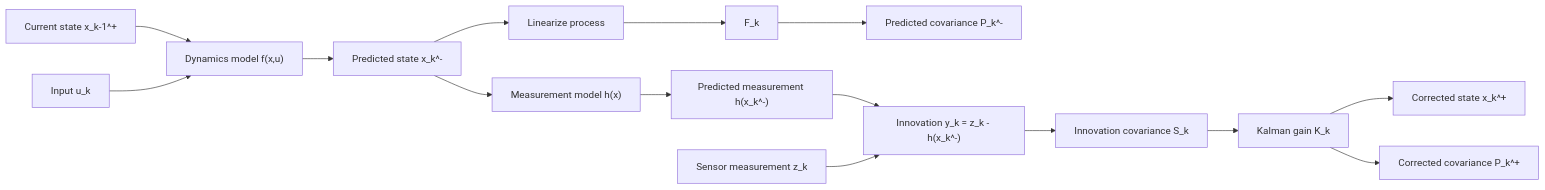
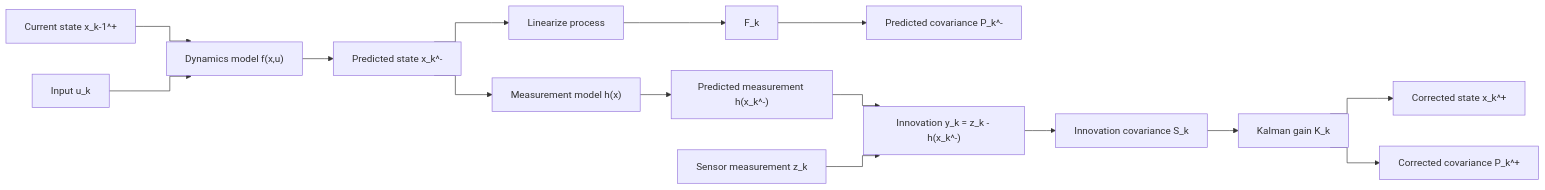
One commit to ArcKnight01/Capstone-II-Mass-Adjustable-RC-Car-Project changed the second of 2 diagrams in EKF_Process_Diagram.md. Above: the diagram before and after it, drawn with Mermaid. The commit also changed other lines of this file, not shown here.

````diff
--- a/EKF_Process_Diagram.md
+++ b/EKF_Process_Diagram.md
@@ -44,18 +45,19 @@
 ```mermaid
+%%{init: {'flowchart': {'curve': 'step'}}}%%
 flowchart LR
     A["Current state x_k-1^+"] --> B["Dynamics model f(x,u)"]
     U["Input u_k"] --> B
     B --> C["Predicted state x_k^-"]
     C --> D[Linearize process]
     D --> E[F_k]
     E --> F["Predicted covariance P_k^-"]
 
     C --> G["Measurement model h(x)"]
     G --> H["Predicted measurement h(x_k^-)"]
     H --> I["Innovation y_k = z_k - h(x_k^-)"]
     Z["Sensor measurement z_k"] --> I
     I --> J["Innovation covariance S_k"]
     J --> K["Kalman gain K_k"]
     K --> L["Corrected state x_k^+"]
     K --> M["Corrected covariance P_k^+"]
 ```
````
